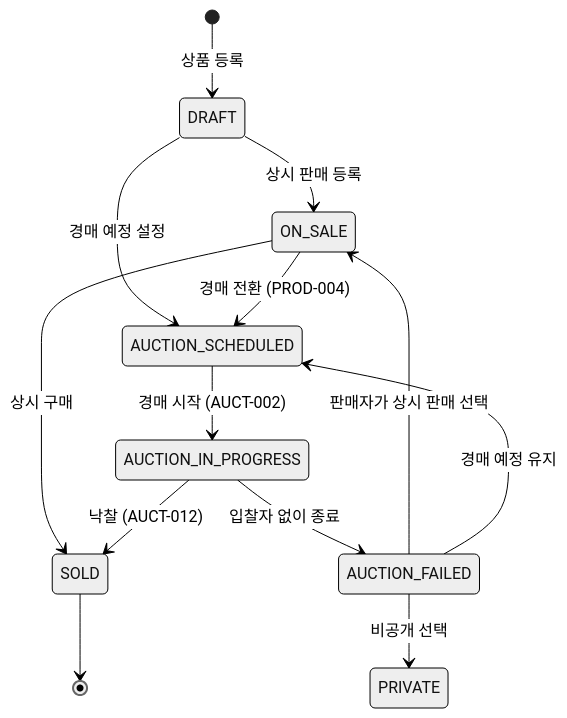
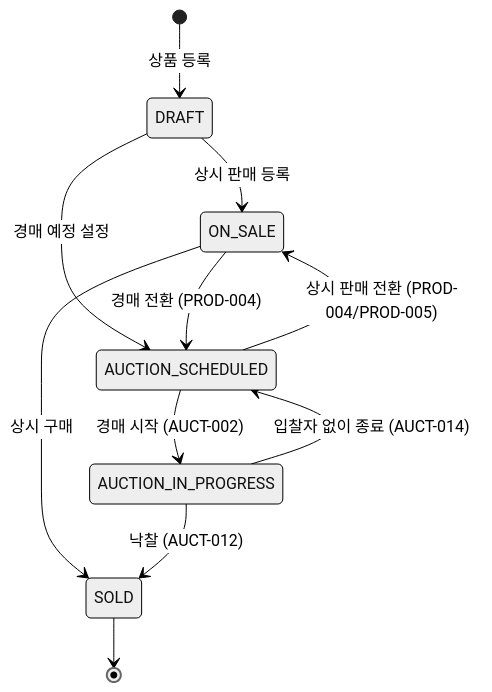
One commit to Team-vintib/Vintib-AI changed the third of 3 diagrams in BE/docs/db/erd.md. Above: the diagram before and after it, drawn with Mermaid (neutral theme). The commit also changed other lines of this file and 90 other files, not shown here.

````diff
--- a/BE/docs/db/erd.md
+++ b/BE/docs/db/erd.md
@@ -125,15 +125,13 @@
 ```mermaid
 stateDiagram-v2
     [*] --> DRAFT : 상품 등록
     DRAFT --> ON_SALE : 상시 판매 등록
     DRAFT --> AUCTION_SCHEDULED : 경매 예정 설정
     ON_SALE --> AUCTION_SCHEDULED : 경매 전환 (PROD-004)
+    AUCTION_SCHEDULED --> ON_SALE : 상시 판매 전환 (PROD-004/PROD-005)
     AUCTION_SCHEDULED --> AUCTION_IN_PROGRESS : 경매 시작 (AUCT-002)
+    AUCTION_IN_PROGRESS --> AUCTION_SCHEDULED : 입찰자 없이 종료 (AUCT-014)
     ON_SALE --> SOLD : 상시 구매
     AUCTION_IN_PROGRESS --> SOLD : 낙찰 (AUCT-012)
-    AUCTION_IN_PROGRESS --> AUCTION_FAILED : 입찰자 없이 종료
-    AUCTION_FAILED --> ON_SALE : 판매자가 상시 판매 선택
-    AUCTION_FAILED --> AUCTION_SCHEDULED : 경매 예정 유지
-    AUCTION_FAILED --> PRIVATE : 비공개 선택
     SOLD --> [*]
 ```
````
